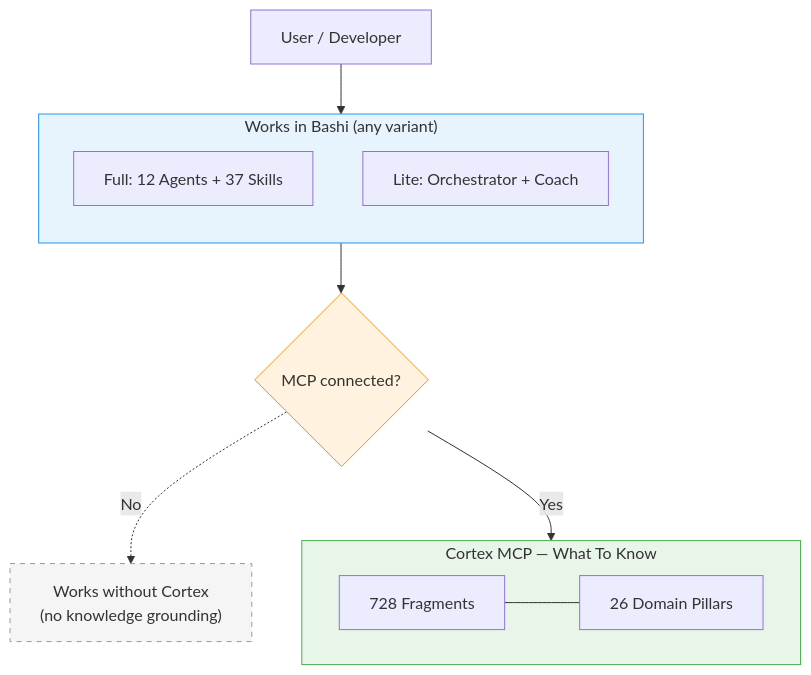
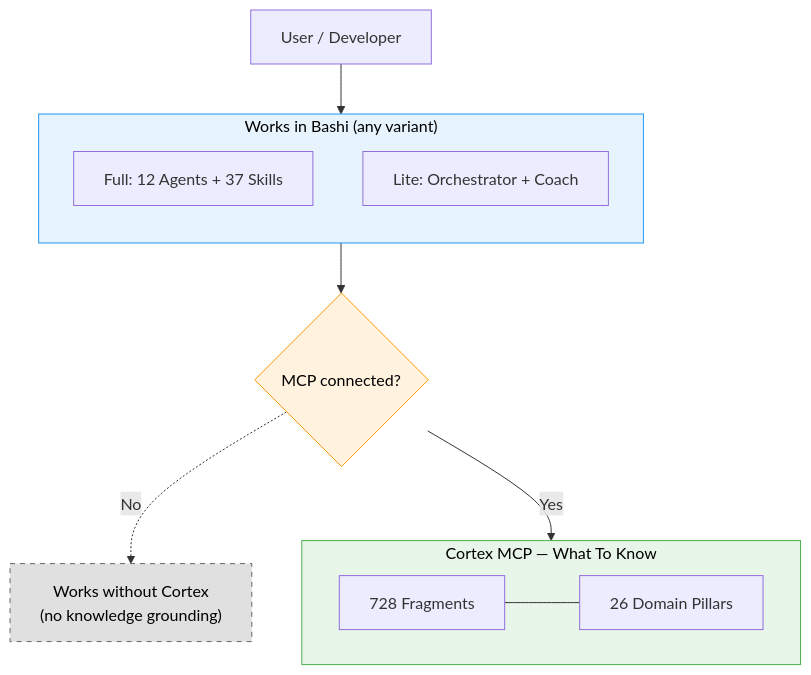
One commit to BasharAmso/cortex-mcp changed the first of 5 diagrams in docs/ARCHITECTURE.md. Above: the diagram before and after it, drawn with Mermaid. The commit also changed other lines of this file, not shown here.

Commit message:
fix: force dark text on all Mermaid diagrams for GitHub dark mode

````diff
--- a/docs/ARCHITECTURE.md
+++ b/docs/ARCHITECTURE.md
@@ -38,28 +38,28 @@
 ```mermaid
 flowchart TB
     User["User / Developer"]
 
     subgraph Bashi["Works in Bashi (any variant)"]
         direction TB
         Full["Full: 12 Agents + 37 Skills"]
         Lite["Lite: Orchestrator + Coach"]
     end
 
     MCP{"MCP connected?"}
 
     subgraph Cortex["Cortex MCP — What To Know"]
         Library["728 Fragments"]
         Pillars["26 Domain Pillars"]
     end
 
     User --> Bashi
     Bashi --> MCP
     MCP -->|Yes| Cortex
     MCP -.->|No| NoMCP["Works without Cortex\n(no knowledge grounding)"]
     Library --- Pillars
 
-    style Bashi fill:#e8f4fd,stroke:#2196f3
-    style Cortex fill:#e8f5e9,stroke:#4caf50
-    style MCP fill:#fff3e0,stroke:#ff9800
-    style NoMCP fill:#f5f5f5,stroke:#999,stroke-dasharray: 5 5
+    style Bashi fill:#e8f4fd,stroke:#2196f3,color:#000
+    style Cortex fill:#e8f5e9,stroke:#4caf50,color:#000
+    style MCP fill:#fff3e0,stroke:#ff9800,color:#000
+    style NoMCP fill:#e0e0e0,stroke:#666,stroke-dasharray: 5 5,color:#000
 ```
````
